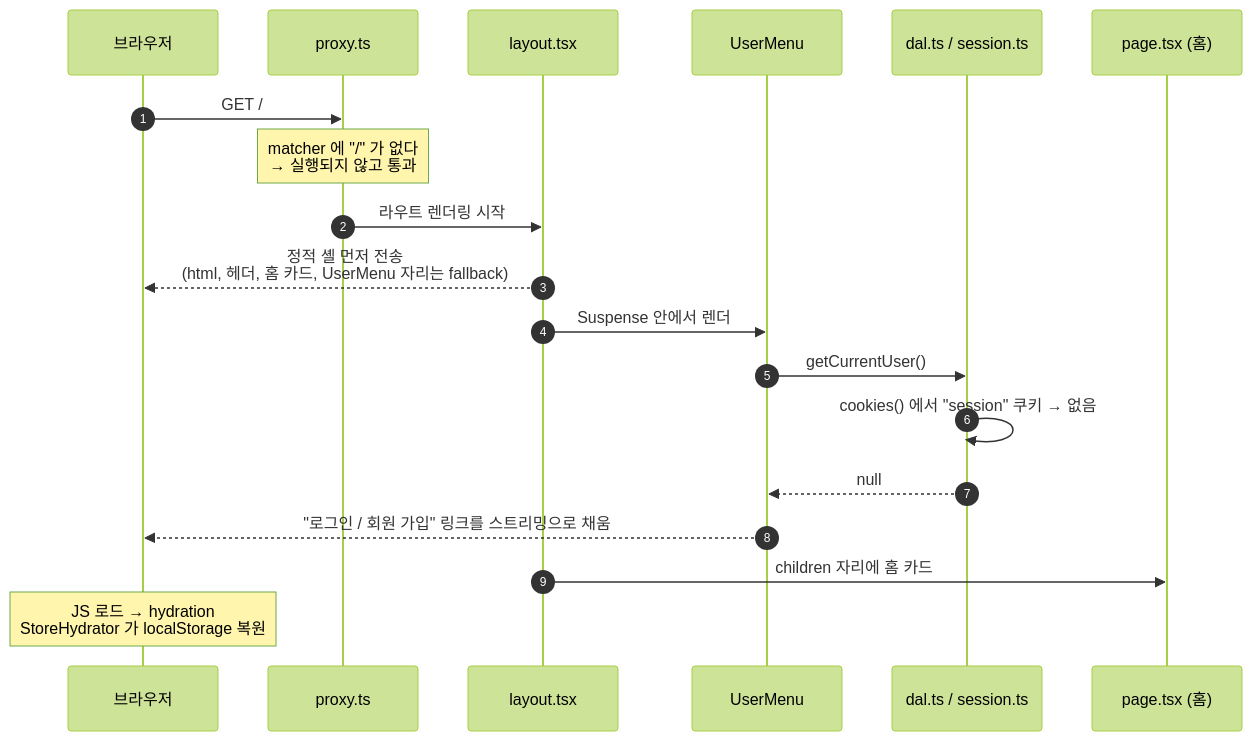
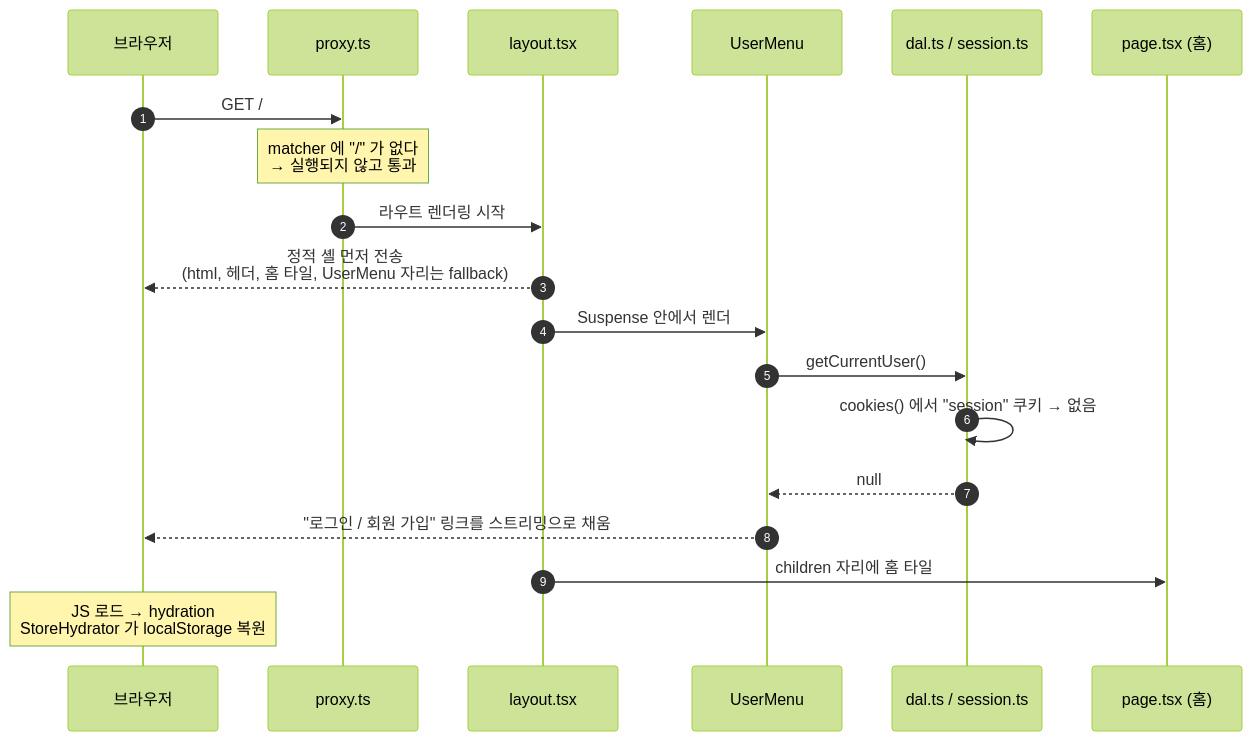
Before and after one commit to kspark-sqisoft/next-js-study-app: the third of 39 diagrams in docs/CODE_WALKTHROUGH.md, drawn with Mermaid (forest theme). The commit also changed other lines of this file and 11 other files, not shown here.

````diff
--- a/docs/CODE_WALKTHROUGH.md
+++ b/docs/CODE_WALKTHROUGH.md
@@ -191,22 +191,22 @@
 ```mermaid
 sequenceDiagram
   autonumber
   participant B as 브라우저
   participant P as proxy.ts
   participant L as layout.tsx
   participant U as UserMenu
   participant D as dal.ts / session.ts
   participant Pg as page.tsx (홈)
 
   B->>P: GET /
   Note over P: matcher 에 "/" 가 없다<br/>→ 실행되지 않고 통과
   P->>L: 라우트 렌더링 시작
-  L-->>B: 정적 셸 먼저 전송<br/>(html, 헤더, 홈 카드, UserMenu 자리는 fallback)
+  L-->>B: 정적 셸 먼저 전송<br/>(html, 헤더, 홈 타일, UserMenu 자리는 fallback)
   L->>U: Suspense 안에서 렌더
   U->>D: getCurrentUser()
   D->>D: cookies() 에서 "session" 쿠키 → 없음
   D-->>U: null
   U-->>B: "로그인 / 회원 가입" 링크를 스트리밍으로 채움
-  L->>Pg: children 자리에 홈 카드
+  L->>Pg: children 자리에 홈 타일
   Note over B: JS 로드 → hydration<br/>StoreHydrator 가 localStorage 복원
 ```
````
